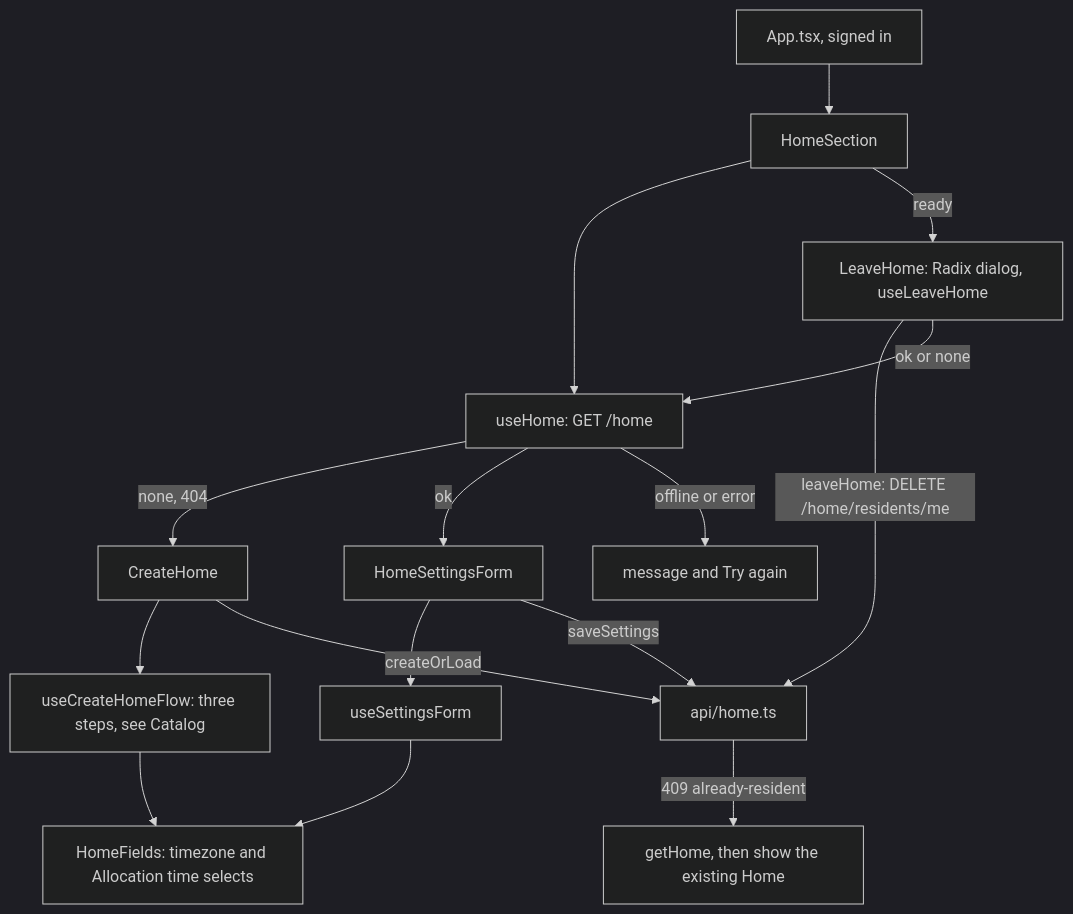
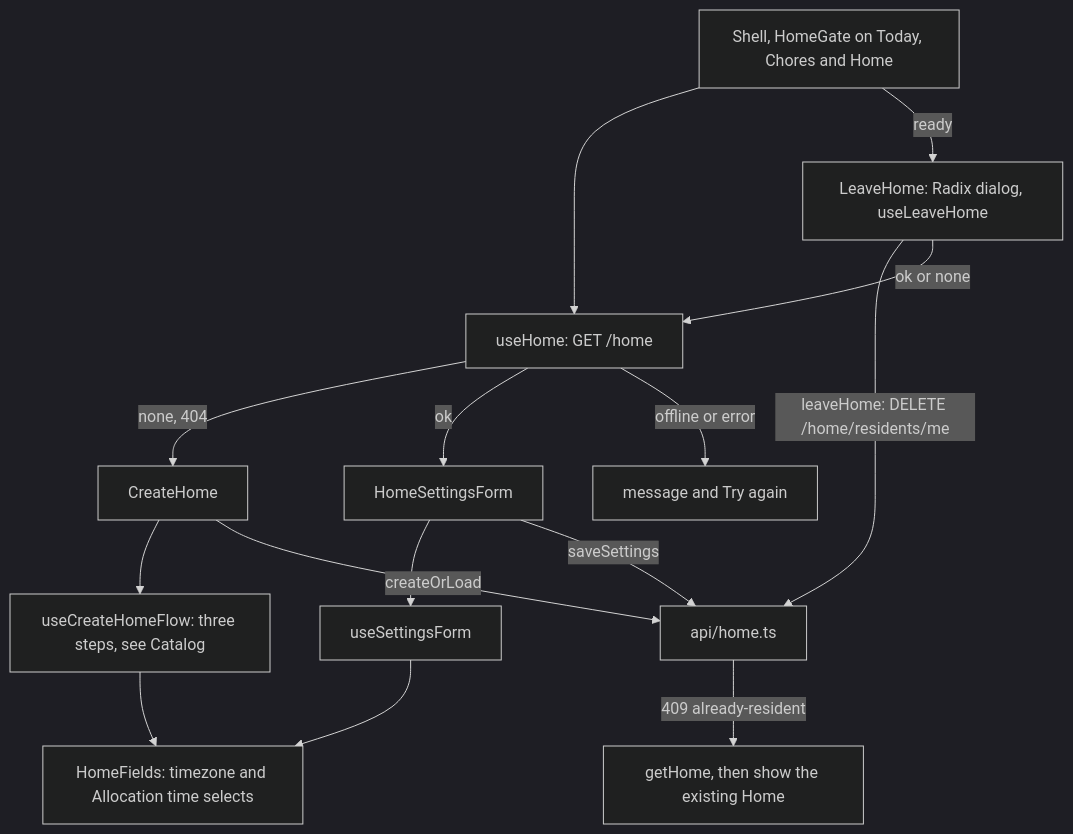
Before and after one commit to AbnerWillclefy/Homeowner: the fifth of 10 diagrams in docs/architecture/web.md, drawn with Mermaid (dark theme). The commit also changed other lines of this file and 3 other files, not shown here.

Commit message:
docs(architecture): describe the router, shell and route guard

````diff
--- a/docs/architecture/web.md
+++ b/docs/architecture/web.md
@@ -175,18 +212,17 @@
 ```mermaid
 flowchart TD
-    APP[App.tsx, signed in] --> SEC[HomeSection]
-    SEC --> UH[useHome: GET /home]
+    SEC[Shell, HomeGate on Today, Chores and Home] --> UH[useHome: GET /home]
     UH -->|none, 404| CREATE[CreateHome]
     UH -->|ok| EDIT[HomeSettingsForm]
     UH -->|offline or error| RETRY[message and Try again]
     CREATE --> FLOW[useCreateHomeFlow: three steps, see Catalog]
     FLOW --> FIELDS
     EDIT --> FORM[useSettingsForm]
     SEC -->|ready| LEAVE[LeaveHome: Radix dialog, useLeaveHome]
     LEAVE -->|leaveHome: DELETE /home/residents/me| API
     LEAVE -->|ok or none| UH
     FORM --> FIELDS[HomeFields: timezone and Allocation time selects]
     CREATE -->|createOrLoad| API[api/home.ts]
     EDIT -->|saveSettings| API
     API -->|409 already-resident| LOAD[getHome, then show the existing Home]
 ```
````
